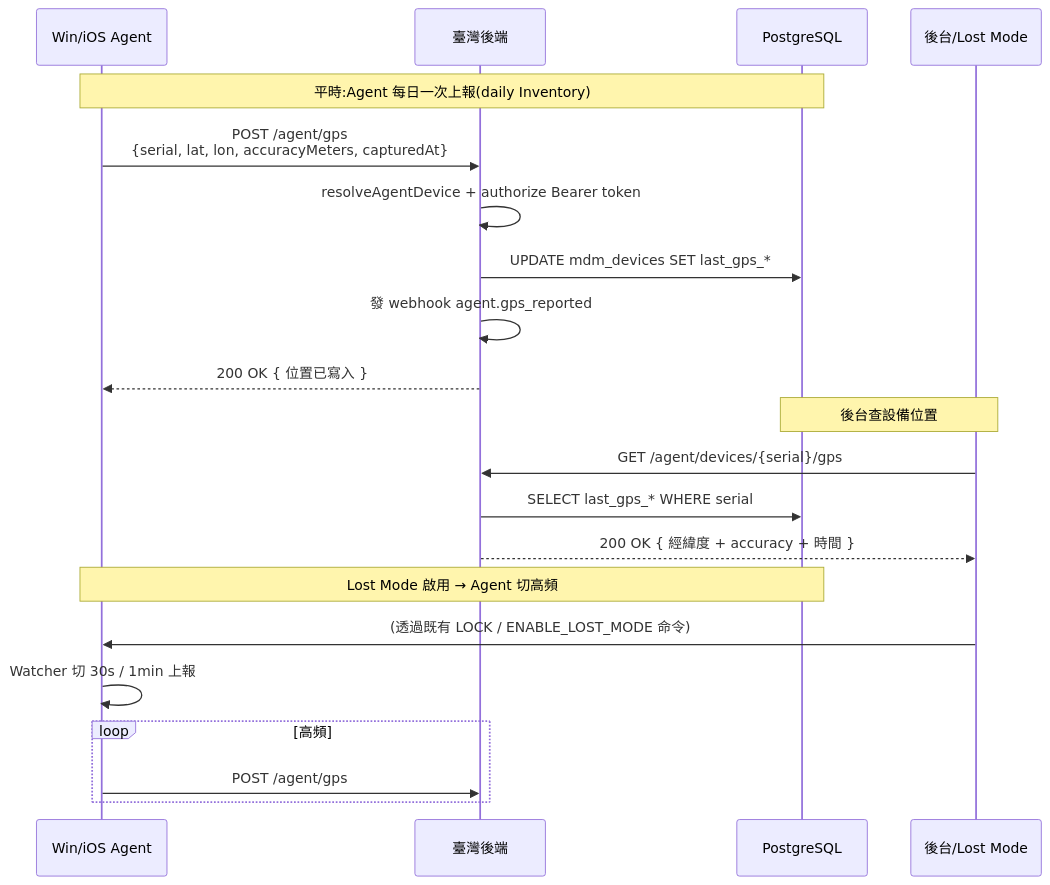
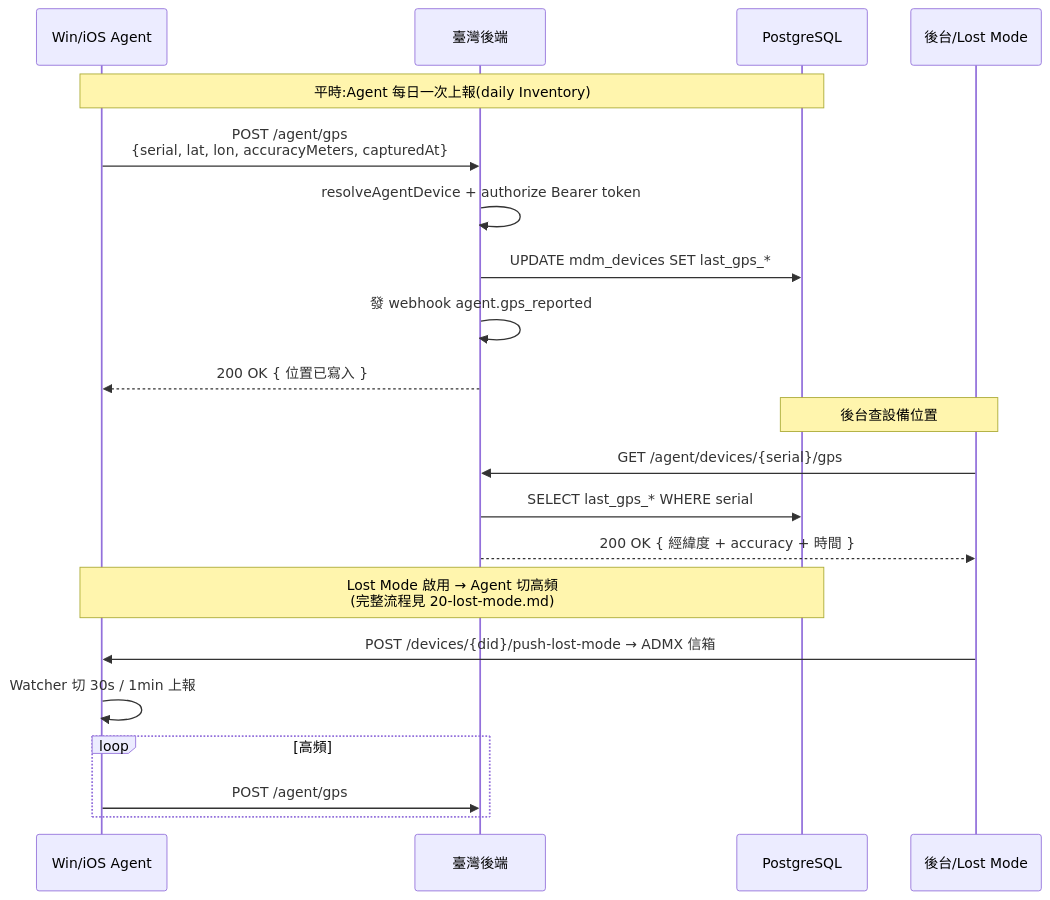
The diagram in docs/business-flows/19-agent-gps-reporting.md (sgp-go/jamf), drawn with Mermaid before and after one commit. The commit also changed 2 other files, not shown here.

Commit message:
docs(lost-mode): 補 Windows Lost Mode 業務流程(PRD §5.7)
- 新增 20-lost-mode.md:push/remove-lost-mode 端點 + LegalNotice 登入屏 + GpsCollector 30s 高頻 + LetAppsAccessLocation 配套策略
- 修 19-agent-gps-reporting.md:Lost Mode 觸發改寫成 push-lost-mode 端點(原指 LOCK 命令過時),指向 20-lost-mode.md
- README 索引加 20-lost-mode.md

````diff
--- a/docs/business-flows/19-agent-gps-reporting.md
+++ b/docs/business-flows/19-agent-gps-reporting.md
@@ -7,26 +7,26 @@
 ```mermaid
 sequenceDiagram
     participant 設備 as Win/iOS Agent
     participant 後端 as 臺灣後端
     participant DB as PostgreSQL
     participant 管理員 as 後台/Lost Mode
 
     Note over 設備,DB: 平時:Agent 每日一次上報(daily Inventory)
     設備->>後端: POST /agent/gps<br/>{serial, lat, lon, accuracyMeters, capturedAt}
     後端->>後端: resolveAgentDevice + authorize Bearer token
     後端->>DB: UPDATE mdm_devices SET last_gps_*
     後端->>後端: 發 webhook agent.gps_reported
     後端-->>設備: 200 OK { 位置已寫入 }
 
     Note over 管理員,DB: 後台查設備位置
     管理員->>後端: GET /agent/devices/{serial}/gps
     後端->>DB: SELECT last_gps_* WHERE serial
     後端-->>管理員: 200 OK { 經緯度 + accuracy + 時間 }
 
-    Note over 設備,DB: Lost Mode 啟用 → Agent 切高頻
-    管理員->>設備: (透過既有 LOCK / ENABLE_LOST_MODE 命令)
+    Note over 設備,DB: Lost Mode 啟用 → Agent 切高頻<br/>(完整流程見 20-lost-mode.md)
+    管理員->>設備: POST /devices/{did}/push-lost-mode → ADMX 信箱
     設備->>設備: Watcher 切 30s / 1min 上報
     loop 高頻
         設備->>後端: POST /agent/gps
     end
 ```
````
